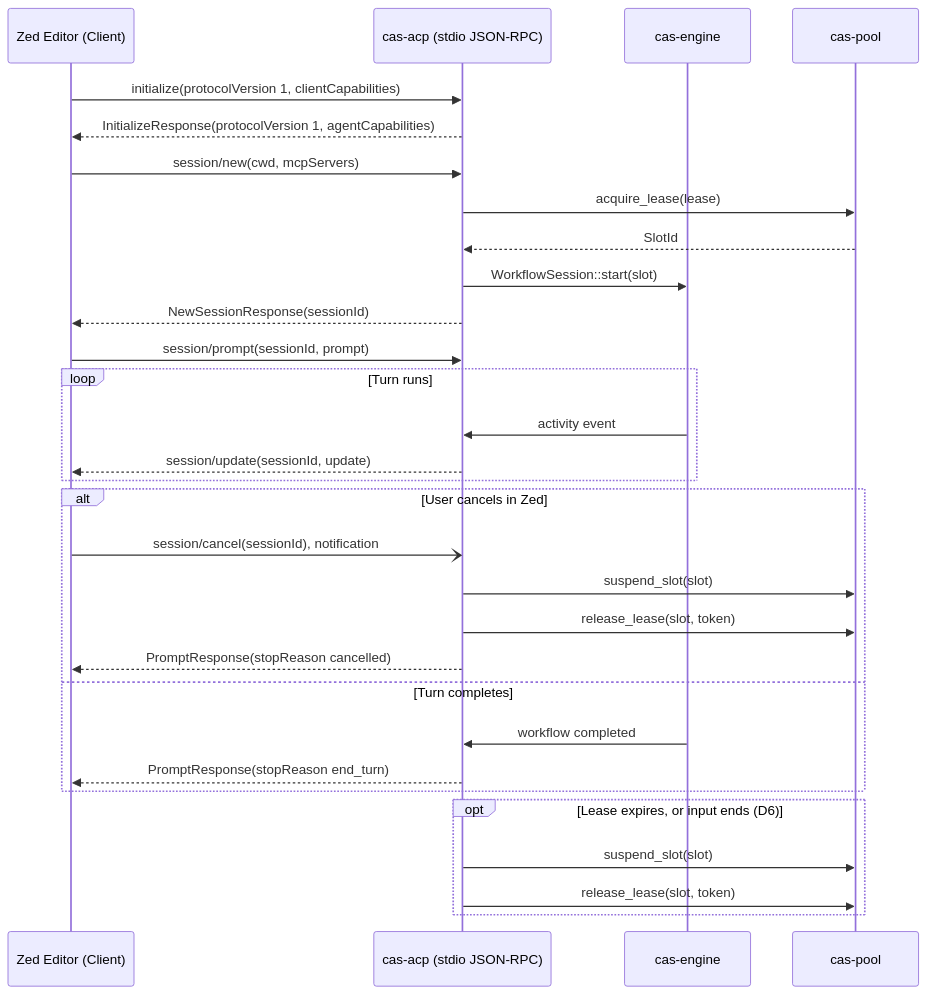
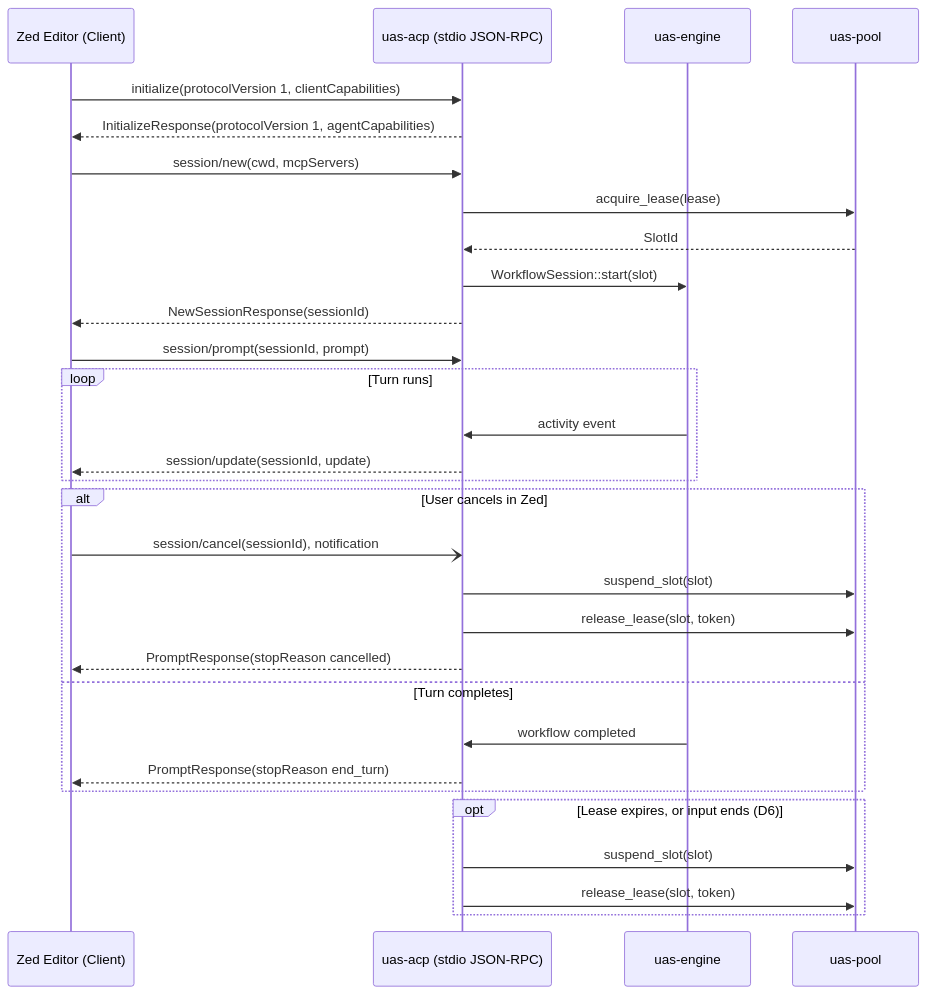
One commit to unsigned-gg/uas changed the diagram in specs/0016-zed-agent-communication-protocol.md. Above: the diagram before and after it, drawn with Mermaid. The commit also changed other lines of this file and 12 other files, not shown here.

First line of the commit message:
docs(specs): rename cas to uas in the prose of specs 0014 to 0026 (spec 0037 D4)

````diff
--- a/specs/0016-zed-agent-communication-protocol.md
+++ b/specs/0016-zed-agent-communication-protocol.md
@@ -114,37 +114,37 @@
 ```mermaid
 sequenceDiagram
     participant Zed as Zed Editor (Client)
-    participant ACP as cas-acp (stdio JSON-RPC)
-    participant Engine as cas-engine
-    participant Pool as cas-pool
+    participant ACP as uas-acp (stdio JSON-RPC)
+    participant Engine as uas-engine
+    participant Pool as uas-pool
 
     Zed->>ACP: initialize(protocolVersion 1, clientCapabilities)
     ACP-->>Zed: InitializeResponse(protocolVersion 1, agentCapabilities)
 
     Zed->>ACP: session/new(cwd, mcpServers)
     ACP->>Pool: acquire_lease(lease)
     Pool-->>ACP: SlotId
     ACP->>Engine: WorkflowSession::start(slot)
     ACP-->>Zed: NewSessionResponse(sessionId)
 
     Zed->>ACP: session/prompt(sessionId, prompt)
     loop Turn runs
         Engine->>ACP: activity event
         ACP-->>Zed: session/update(sessionId, update)
     end
 
     alt User cancels in Zed
         Zed-)ACP: session/cancel(sessionId), notification
         ACP->>Pool: suspend_slot(slot)
         ACP->>Pool: release_lease(slot, token)
         ACP-->>Zed: PromptResponse(stopReason cancelled)
     else Turn completes
         Engine->>ACP: workflow completed
         ACP-->>Zed: PromptResponse(stopReason end_turn)
     end
 
     opt Lease expires, or input ends (D6)
         ACP->>Pool: suspend_slot(slot)
         ACP->>Pool: release_lease(slot, token)
     end
 ```
````
